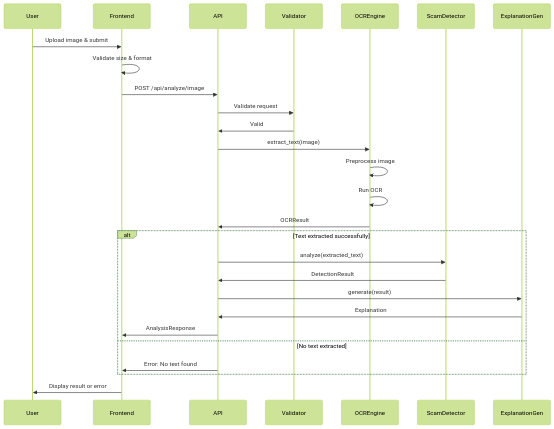
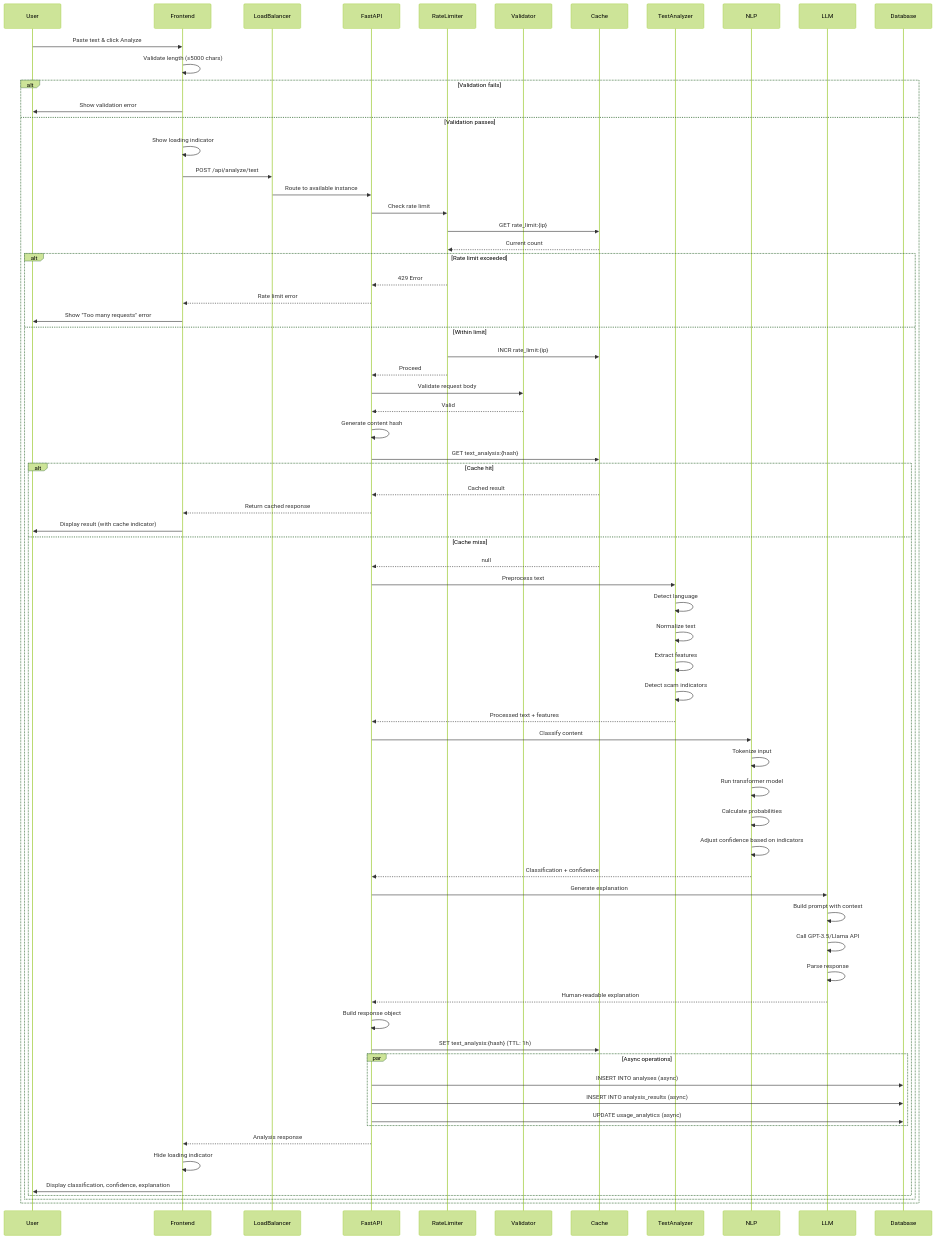
Before and after one commit to Tusharjadhav2316-dev/agentic-honeypot: the fourth of 6 diagrams in design.md, drawn with Mermaid (forest theme). The commit also changed other lines of this file, not shown here.

````diff
--- a/design.md
+++ b/design.md
@@ -436,29 +1810,84 @@
 sequenceDiagram
     participant User
     participant Frontend
-    participant API
+    participant LoadBalancer
+    participant FastAPI
+    participant RateLimiter
     participant Validator
-    participant OCREngine
-    participant ScamDetector
-    participant ExplanationGen
+    participant Cache
+    participant TextAnalyzer
+    participant NLP
+    participant LLM
+    participant Database
     
-    User->>Frontend: Upload image & submit
-    Frontend->>Frontend: Validate size & format
-    Frontend->>API: POST /api/analyze/image
-    API->>Validator: Validate request
-    Validator->>API: Valid
-    API->>OCREngine: extract_text(image)
-    OCREngine->>OCREngine: Preprocess image
-    OCREngine->>OCREngine: Run OCR
-    OCREngine->>API: OCRResult
-    alt Text extracted successfully
-        API->>ScamDetector: analyze(extracted_text)
-        ScamDetector->>API: DetectionResult
-        API->>ExplanationGen: generate(result)
-        ExplanationGen->>API: Explanation
-        API->>Frontend: AnalysisResponse
-    else No text extracted
-        API->>Frontend: Error: No text found
+    User->>Frontend: Paste text & click Analyze
+    Frontend->>Frontend: Validate length (≤5000 chars)
+    
+    alt Validation fails
+        Frontend->>User: Show validation error
+    else Validation passes
+        Frontend->>Frontend: Show loading indicator
+        Frontend->>LoadBalancer: POST /api/analyze/text
+        LoadBalancer->>FastAPI: Route to available instance
+        
+        FastAPI->>RateLimiter: Check rate limit
+        RateLimiter->>Cache: GET rate_limit:{ip}
+        Cache-->>RateLimiter: Current count
+        
+        alt Rate limit exceeded
+            RateLimiter-->>FastAPI: 429 Error
+            FastAPI-->>Frontend: Rate limit error
+            Frontend->>User: Show "Too many requests" error
+        else Within limit
+            RateLimiter->>Cache: INCR rate_limit:{ip}
+            RateLimiter-->>FastAPI: Proceed
+            
+            FastAPI->>Validator: Validate request body
+            Validator-->>FastAPI: Valid
+            
+            FastAPI->>FastAPI: Generate content hash
+            FastAPI->>Cache: GET text_analysis:{hash}
+            
+            alt Cache hit
+                Cache-->>FastAPI: Cached result
+                FastAPI-->>Frontend: Return cached response
+                Frontend->>User: Display result (with cache indicator)
+            else Cache miss
+                Cache-->>FastAPI: null
+                
+                FastAPI->>TextAnalyzer: Preprocess text
+                TextAnalyzer->>TextAnalyzer: Detect language
+                TextAnalyzer->>TextAnalyzer: Normalize text
+                TextAnalyzer->>TextAnalyzer: Extract features
+                TextAnalyzer->>TextAnalyzer: Detect scam indicators
+                TextAnalyzer-->>FastAPI: Processed text + features
+                
+                FastAPI->>NLP: Classify content
+                NLP->>NLP: Tokenize input
+                NLP->>NLP: Run transformer model
+                NLP->>NLP: Calculate probabilities
+                NLP->>NLP: Adjust confidence based on indicators
+                NLP-->>FastAPI: Classification + confidence
+                
+                FastAPI->>LLM: Generate explanation
+                LLM->>LLM: Build prompt with context
+                LLM->>LLM: Call GPT-3.5/Llama API
+                LLM->>LLM: Parse response
+                LLM-->>FastAPI: Human-readable explanation
+                
+                FastAPI->>FastAPI: Build response object
+                FastAPI->>Cache: SET text_analysis:{hash} (TTL: 1h)
+                
+                par Async operations
+                    FastAPI->>Database: INSERT INTO analyses (async)
+                    FastAPI->>Database: INSERT INTO analysis_results (async)
+                    FastAPI->>Database: UPDATE usage_analytics (async)
+                end
+                
+                FastAPI-->>Frontend: Analysis response
+                Frontend->>Frontend: Hide loading indicator
+                Frontend->>User: Display classification, confidence, explanation
+            end
+        end
     end
-    Frontend->>User: Display result or error
 ```
````
